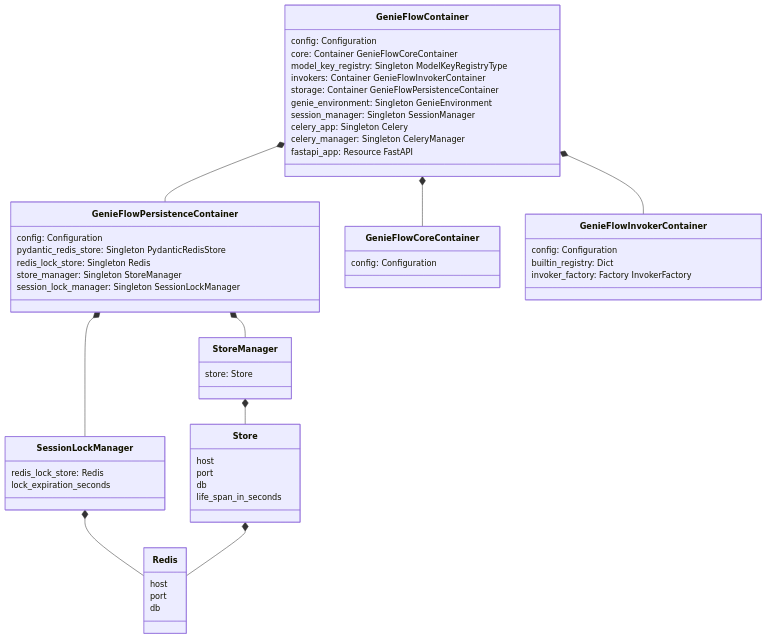
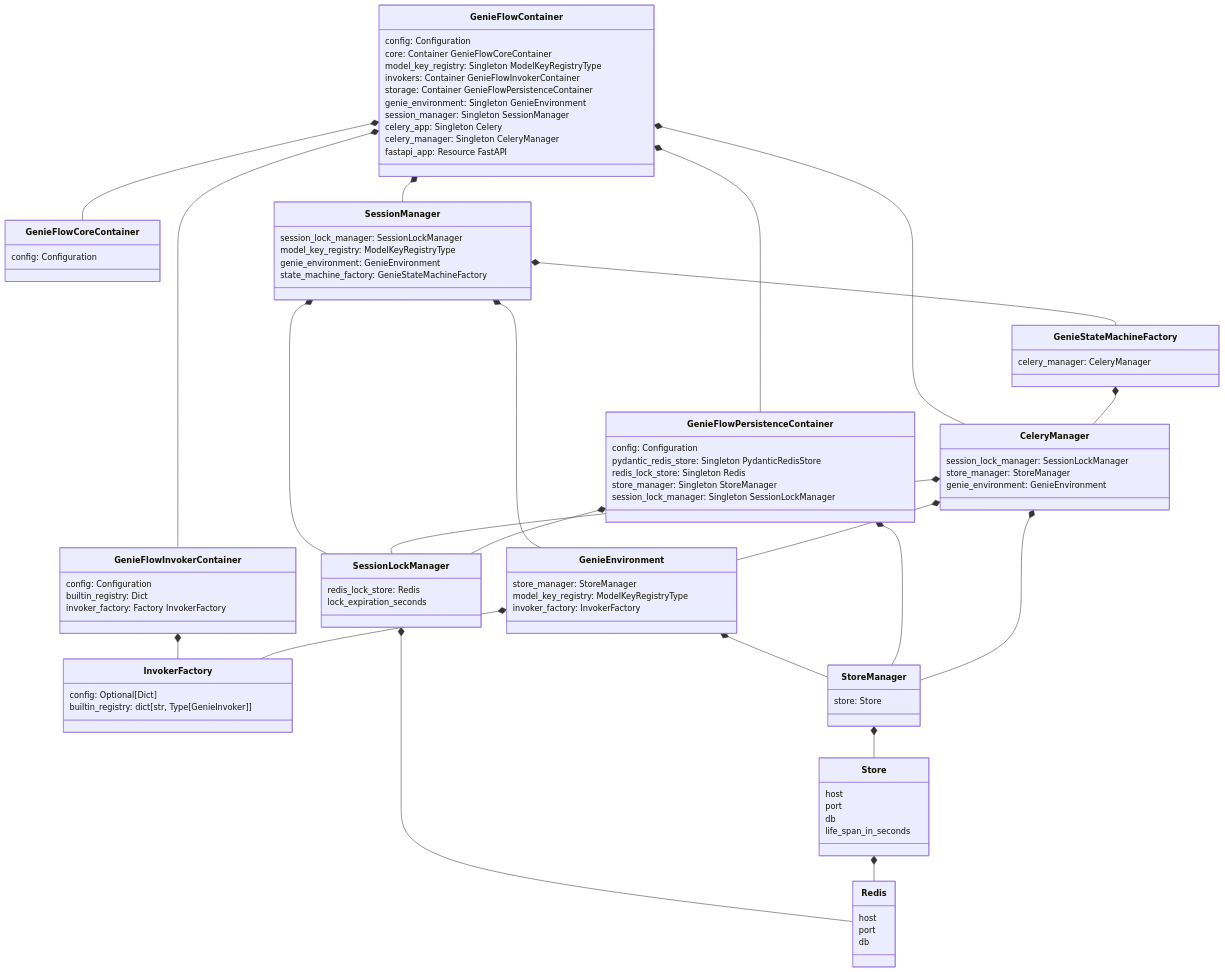
One commit to genieversum/genie-flow changed the diagram in doc/container-architecture.md. Above: the diagram before and after it, drawn with Mermaid. The commit also changed 13 other files, not shown here.

```diff
--- a/doc/container-architecture.md
+++ b/doc/container-architecture.md
@@ -3,12 +3,34 @@
     GenieFlowContainer *-- GenieFlowPersistenceContainer
     GenieFlowContainer *-- GenieFlowCoreContainer
     GenieFlowContainer *-- GenieFlowInvokerContainer
+    GenieFlowContainer *-- SessionManager
+    GenieFlowContainer *-- CeleryManager
+    
+    GenieFlowInvokerContainer *-- InvokerFactory
+    
+    SessionManager *-- SessionLockManager
+%%    SessionManager *-- ModelKeyRegistryType
+    SessionManager *-- GenieEnvironment
+    SessionManager *-- GenieStateMachineFactory
+    
+    GenieEnvironment *-- StoreManager
+%%    GenieEnvironment *-- ModelKeyRegistryType
+    GenieEnvironment *-- InvokerFactory
     
     GenieFlowPersistenceContainer *-- StoreManager
+    
+    GenieStateMachineFactory *-- CeleryManager
+    
+    CeleryManager *-- SessionLockManager
+    CeleryManager *-- StoreManager
+    CeleryManager *-- GenieEnvironment
+    
     StoreManager *-- Store
+    
     GenieFlowPersistenceContainer *-- SessionLockManager
     
     SessionLockManager *-- Redis
+    
     Store *-- Redis
     
     class GenieFlowCoreContainer{
@@ -46,9 +68,37 @@
         store: Store
     }
     
+    class SessionManager{
+        session_lock_manager: SessionLockManager
+        model_key_registry: ModelKeyRegistryType
+        genie_environment: GenieEnvironment
+        state_machine_factory: GenieStateMachineFactory
+    }
+    
+    class GenieEnvironment{
+        store_manager: StoreManager
+        model_key_registry: ModelKeyRegistryType
+        invoker_factory: InvokerFactory
+    }
+    
     class SessionLockManager{
         redis_lock_store: Redis
         lock_expiration_seconds
+    }
+    
+    class InvokerFactory{
+        config: Optional[Dict]
+        builtin_registry: dict[str, Type[GenieInvoker]]
+    }
+    
+    class GenieStateMachineFactory{
+        celery_manager: CeleryManager
+    }
+    
+    class CeleryManager{
+        session_lock_manager: SessionLockManager
+        store_manager: StoreManager
+        genie_environment: GenieEnvironment
     }
 
     class Redis{
```
